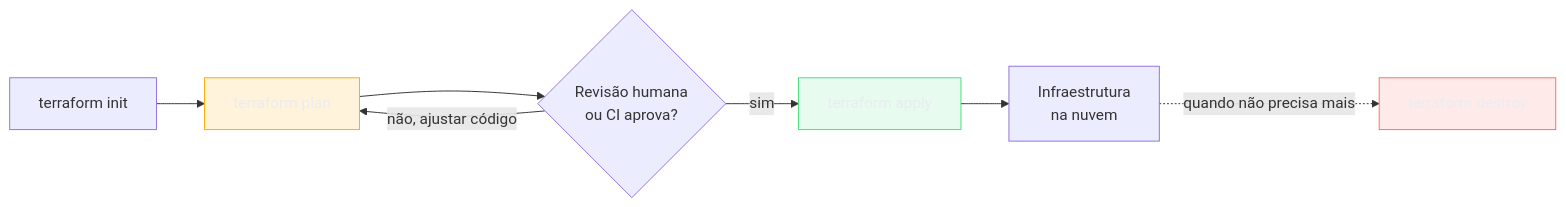
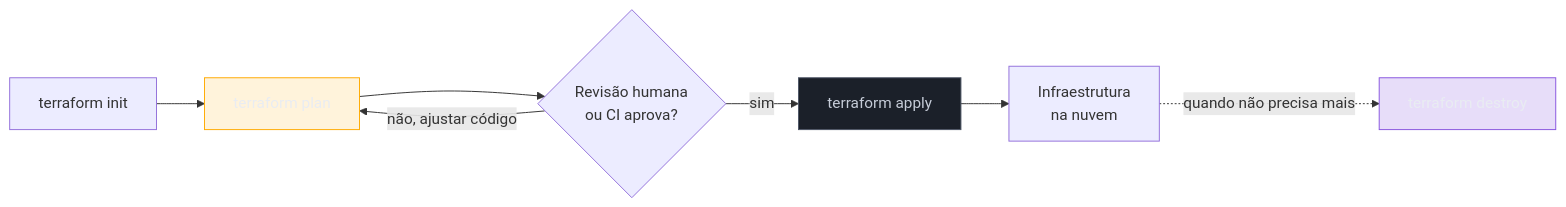
Before and after one commit to josenaldo/codex-technomanticus: the first of 2 diagrams in 03-Dominios/Tecnologia/Cloud/16 - Infrastructure as Code/02 - Terraform a fundo.md, drawn with Mermaid. The commit also changed 601 other files, not shown here.

````diff
--- a/03-Dominios/Tecnologia/Cloud/16 - Infrastructure as Code/02 - Terraform a fundo.md
+++ b/03-Dominios/Tecnologia/Cloud/16 - Infrastructure as Code/02 - Terraform a fundo.md
@@ -112,16 +112,16 @@
 ```mermaid
 flowchart LR
+    classDef marca fill:#8855DF33,stroke:#8855DF,color:#E9ECF2
+    classDef neutro fill:#1B2029,stroke:#4E5666,color:#C6CCD8
     classDef destaque fill:#FFAA0024,stroke:#FFAA00,color:#E9ECF2
-    classDef ok fill:#4ADE8021,stroke:#4ADE80,color:#E9ECF2
-    classDef falha fill:#FF6B6B24,stroke:#FF6B6B,color:#E9ECF2
     A["terraform init"] --> B["terraform plan"]
     B --> C{Revisão humana<br/>ou CI aprova?}
     C -->|sim| D["terraform apply"]
     C -->|não, ajustar código| B
     D --> E[Infraestrutura<br/>na nuvem]
     E -.->|quando não precisa mais| F["terraform destroy"]
 
     class B destaque
-    class D ok
-    class F falha
+    class D neutro
+    class F marca
 ```
````
